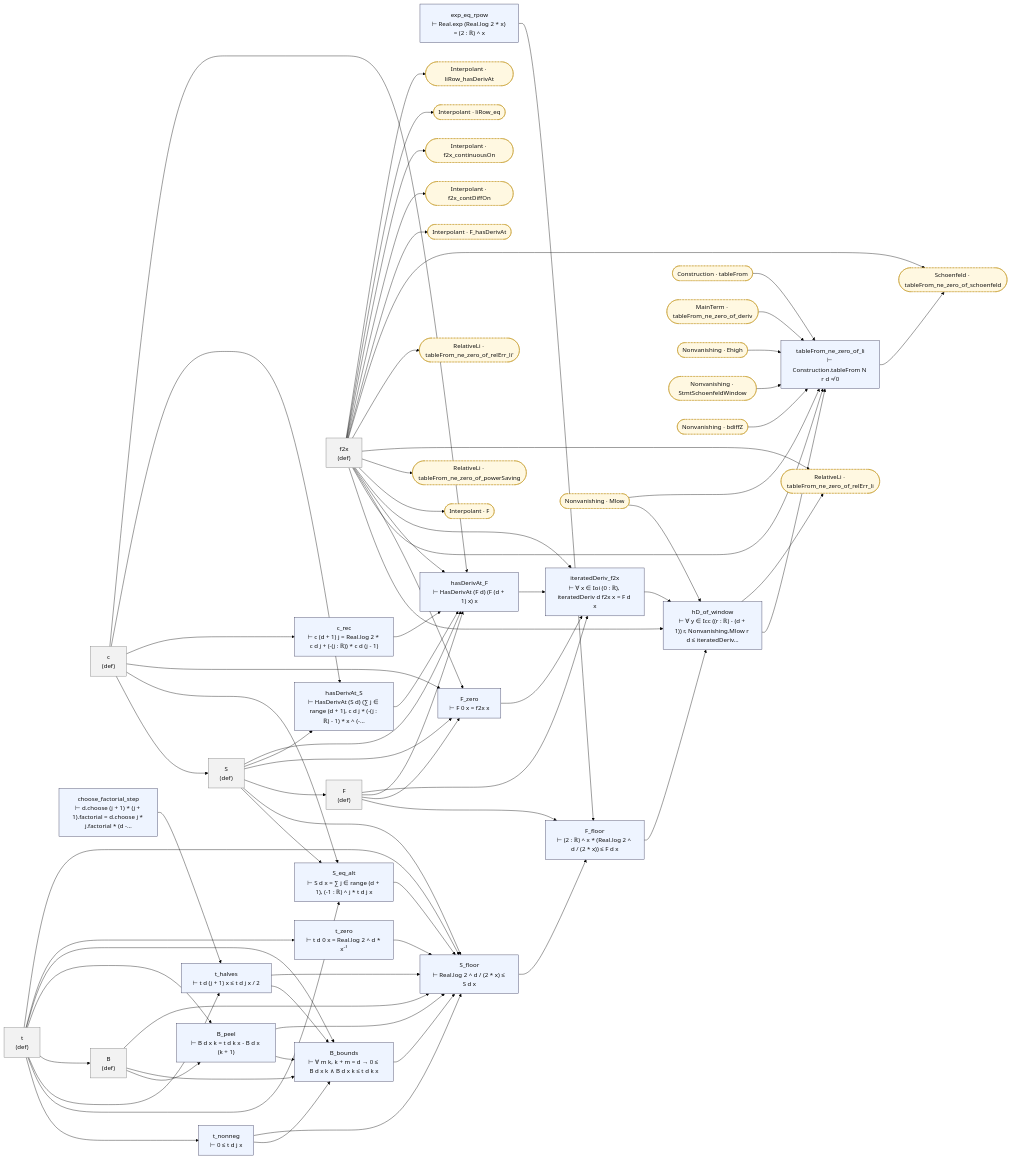
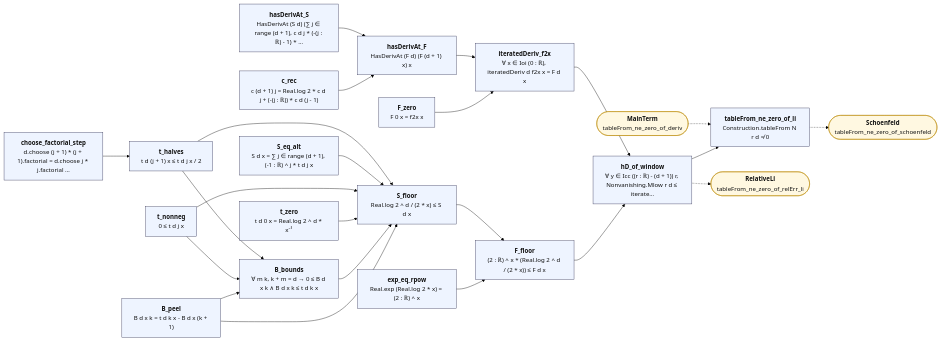
One commit to juliansambranojr/Primebeat_081426 changed the diagram in map/lean/Expansion.md. Above: the diagram before and after it, drawn with Mermaid (forest theme). The commit also changed other lines of this file and 387 other files, not shown here.

````diff
--- a/map/lean/Expansion.md
+++ b/map/lean/Expansion.md
@@ -8,118 +12,50 @@
 ```mermaid
 flowchart LR
-  n0["c<br/>(def)"]:::dfn
-  n1["S<br/>(def)"]:::dfn
-  n2["F<br/>(def)"]:::dfn
-  n3["f2x<br/>(def)"]:::dfn
-  n4["exp_eq_rpow<br/>⊢ Real.exp (Real.log 2 * x) = (2 : ℝ) ^ x"]:::thm
-  n5["F_zero<br/>⊢ F 0 x = f2x x"]:::thm
-  n6["c_rec<br/>⊢ c (d + 1) j = Real.log 2 * c d j + (-(j : ℝ)) * c d (j - 1)"]:::thm
-  n7["hasDerivAt_S<br/>⊢ HasDerivAt (S d) (∑ j ∈ range (d + 1), c d j * (-(j : ℝ) - 1) * x ^ (-…"]:::thm
-  n8["hasDerivAt_F<br/>⊢ HasDerivAt (F d) (F (d + 1) x) x"]:::thm
-  n9["iteratedDeriv_f2x<br/>⊢ ∀ x ∈ Ioi (0 : ℝ), iteratedDeriv d f2x x = F d x"]:::thm
-  n10["t<br/>(def)"]:::dfn
-  n11["t_nonneg<br/>⊢ 0 ≤ t d j x"]:::thm
-  n12["S_eq_alt<br/>⊢ S d x = ∑ j ∈ range (d + 1), (-1 : ℝ) ^ j * t d j x"]:::thm
-  n13["choose_factorial_step<br/>⊢ d.choose (j + 1) * (j + 1).factorial = d.choose j * j.factorial * (d -…"]:::thm
-  n14["t_halves<br/>⊢ t d (j + 1) x ≤ t d j x / 2"]:::thm
-  n15["B<br/>(def)"]:::dfn
-  n16["B_peel<br/>⊢ B d x k = t d k x - B d x (k + 1)"]:::thm
-  n17["B_bounds<br/>⊢ ∀ m k, k + m = d → 0 ≤ B d x k ∧ B d x k ≤ t d k x"]:::thm
-  n18["t_zero<br/>⊢ t d 0 x = Real.log 2 ^ d * x⁻¹"]:::thm
-  n19["S_floor<br/>⊢ Real.log 2 ^ d / (2 * x) ≤ S d x"]:::thm
-  n20["F_floor<br/>⊢ (2 : ℝ) ^ x * (Real.log 2 ^ d / (2 * x)) ≤ F d x"]:::thm
-  n21["hD_of_window<br/>⊢ ∀ y ∈ Icc ((r : ℝ) - (d + 1)) r, Nonvanishing.Mlow r d ≤ iteratedDeriv…"]:::thm
-  n22["tableFrom_ne_zero_of_li<br/>⊢ Construction.tableFrom N r d ≠ 0"]:::thm
-  x0(["Construction · tableFrom"]):::ext
-  x1(["Interpolant · F"]):::ext
-  x2(["Interpolant · F_hasDerivAt"]):::ext
-  x3(["Interpolant · f2x_contDiffOn"]):::ext
-  x4(["Interpolant · f2x_continuousOn"]):::ext
-  x5(["Interpolant · liRow_eq"]):::ext
-  x6(["Interpolant · liRow_hasDerivAt"]):::ext
-  x7(["MainTerm · tableFrom_ne_zero_of_deriv"]):::ext
-  x8(["Nonvanishing · Ehigh"]):::ext
-  x9(["Nonvanishing · Mlow"]):::ext
-  x10(["Nonvanishing · StmtSchoenfeldWindow"]):::ext
-  x11(["Nonvanishing · bdiffZ"]):::ext
-  x12(["RelativeLi · tableFrom_ne_zero_of_powerSaving"]):::ext
-  x13(["RelativeLi · tableFrom_ne_zero_of_relErr_li"]):::ext
-  x14(["RelativeLi · tableFrom_ne_zero_of_relErr_li'"]):::ext
-  x15(["Schoenfeld · tableFrom_ne_zero_of_schoenfeld"]):::ext
-  n0 --> n1
-  n0 --> n12
-  n0 --> n5
-  n0 --> n6
-  n0 --> n7
-  n0 --> n8
-  n1 --> n12
-  n1 --> n19
-  n1 --> n2
+  n0["<b>exp_eq_rpow</b><br/>Real.exp (Real.log 2 * x) = (2 : ℝ) ^ x"]:::thm
+  n1["<b>F_zero</b><br/>F 0 x = f2x x"]:::thm
+  n2["<b>c_rec</b><br/>c (d + 1) j = Real.log 2 * c d j + (-(j : ℝ)) * c d (j - 1)"]:::thm
+  n3["<b>hasDerivAt_S</b><br/>HasDerivAt (S d) (∑ j ∈ range (d + 1), c d j * (-(j : ℝ) - 1) * …"]:::thm
+  n4["<b>hasDerivAt_F</b><br/>HasDerivAt (F d) (F (d + 1) x) x"]:::thm
+  n5["<b>iteratedDeriv_f2x</b><br/>∀ x ∈ Ioi (0 : ℝ), iteratedDeriv d f2x x = F d x"]:::thm
+  n6["<b>t_nonneg</b><br/>0 ≤ t d j x"]:::thm
+  n7["<b>S_eq_alt</b><br/>S d x = ∑ j ∈ range (d + 1), (-1 : ℝ) ^ j * t d j x"]:::thm
+  n8["<b>choose_factorial_step</b><br/>d.choose (j + 1) * (j + 1).factorial = d.choose j * j.factorial …"]:::thm
+  n9["<b>t_halves</b><br/>t d (j + 1) x ≤ t d j x / 2"]:::thm
+  n10["<b>B_peel</b><br/>B d x k = t d k x - B d x (k + 1)"]:::thm
+  n11["<b>B_bounds</b><br/>∀ m k, k + m = d → 0 ≤ B d x k ∧ B d x k ≤ t d k x"]:::thm
+  n12["<b>t_zero</b><br/>t d 0 x = Real.log 2 ^ d * x⁻¹"]:::thm
+  n13["<b>S_floor</b><br/>Real.log 2 ^ d / (2 * x) ≤ S d x"]:::thm
+  n14["<b>F_floor</b><br/>(2 : ℝ) ^ x * (Real.log 2 ^ d / (2 * x)) ≤ F d x"]:::thm
+  n15["<b>hD_of_window</b><br/>∀ y ∈ Icc ((r : ℝ) - (d + 1)) r, Nonvanishing.Mlow r d ≤ iterate…"]:::thm
+  n16["<b>tableFrom_ne_zero_of_li</b><br/>Construction.tableFrom N r d ≠ 0"]:::thm
+  x0(["<b>RelativeLi</b><br/>tableFrom_ne_zero_of_relErr_li"]):::ext
+  x1(["<b>MainTerm</b><br/>tableFrom_ne_zero_of_deriv"]):::ext
+  x2(["<b>Schoenfeld</b><br/>tableFrom_ne_zero_of_schoenfeld"]):::ext
+  n0 --> n14
   n1 --> n5
-  n1 --> n7
-  n1 --> n8
   n10 --> n11
-  n10 --> n12
-  n10 --> n14
-  n10 --> n15
-  n10 --> n16
-  n10 --> n17
-  n10 --> n18
-  n10 --> n19
-  n11 --> n17
-  n11 --> n19
-  n12 --> n19
+  n10 --> n13
+  n11 --> n13
+  n12 --> n13
   n13 --> n14
-  n14 --> n17
-  n14 --> n19
+  n14 --> n15
   n15 --> n16
-  n15 --> n17
-  n15 --> n19
-  n16 --> n17
-  n16 --> n19
-  n17 --> n19
-  n18 --> n19
-  n19 --> n20
-  n2 --> n20
-  n2 --> n5
-  n2 --> n8
-  n2 --> n9
-  n20 --> n21
-  n21 --> n22
-  n21 --> x13
-  n22 --> x15
-  n3 --> n21
-  n3 --> n22
-  n3 --> n5
-  n3 --> n8
-  n3 --> n9
-  n3 --> x1
-  n3 --> x12
-  n3 --> x13
-  n3 --> x14
-  n3 --> x15
-  n3 --> x2
-  n3 --> x3
-  n3 --> x4
-  n3 --> x5
-  n3 --> x6
-  n4 --> n20
-  n5 --> n9
-  n6 --> n8
-  n7 --> n8
+  n2 --> n4
+  n3 --> n4
+  n4 --> n5
+  n5 --> n15
+  n6 --> n11
+  n6 --> n13
+  n7 --> n13
   n8 --> n9
-  n9 --> n21
-  x0 --> n22
-  x10 --> n22
-  x11 --> n22
-  x7 --> n22
-  x8 --> n22
-  x9 --> n21
-  x9 --> n22
+  n9 --> n11
+  n9 --> n13
+  n15 -.-> x0
+  n16 -.-> x2
+  x1 -.-> n16
   classDef thm fill:#eef4ff,stroke:#335,color:#111
-  classDef dfn fill:#f2f2f2,stroke:#777,color:#111
   classDef end_ fill:#e7f7e7,stroke:#2a7,color:#111,stroke-width:2px
   classDef lone fill:#fff,stroke:#999,color:#111,stroke-dasharray:4 3
   classDef bad fill:#ffe5e5,stroke:#c22,color:#111,stroke-width:2px
-  classDef ext fill:#fff8e1,stroke:#b80,color:#111,stroke-dasharray:2 2
+  classDef ext fill:#fff8e1,stroke:#b80,color:#111
 ```
````
